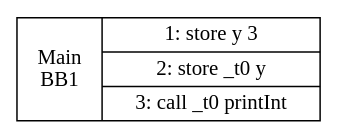
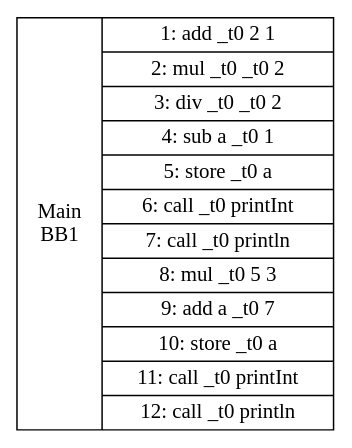
One commit to CoralRocker/CSCE434-Charlotte-Gaultier changed the diagram in graphs/cfg.dot. Above: the diagram before and after it, drawn with Graphviz. The commit also changed 2 other files, not shown here.

```diff
--- a/graphs/cfg.dot
+++ b/graphs/cfg.dot
@@ -1,7 +1,16 @@
 digraph G {
 bb1 [shape=record, label="<B> Main \n BB1 | {<entry>
-	1: store y 3 
-|	2: store _t0 y 
-|<exit>	3: call _t0 printInt 
+	1: add _t0 2 1 
+|	2: mul _t0 _t0 2 
+|	3: div _t0 _t0 2 
+|	4: sub a _t0 1 
+|	5: store _t0 a 
+|	6: call _t0 printInt 
+|	7: call _t0 println 
+|	8: mul _t0 5 3 
+|	9: add a _t0 7 
+|	10: store _t0 a 
+|	11: call _t0 printInt 
+|<exit>	12: call _t0 println 
 }"];
 }
```
